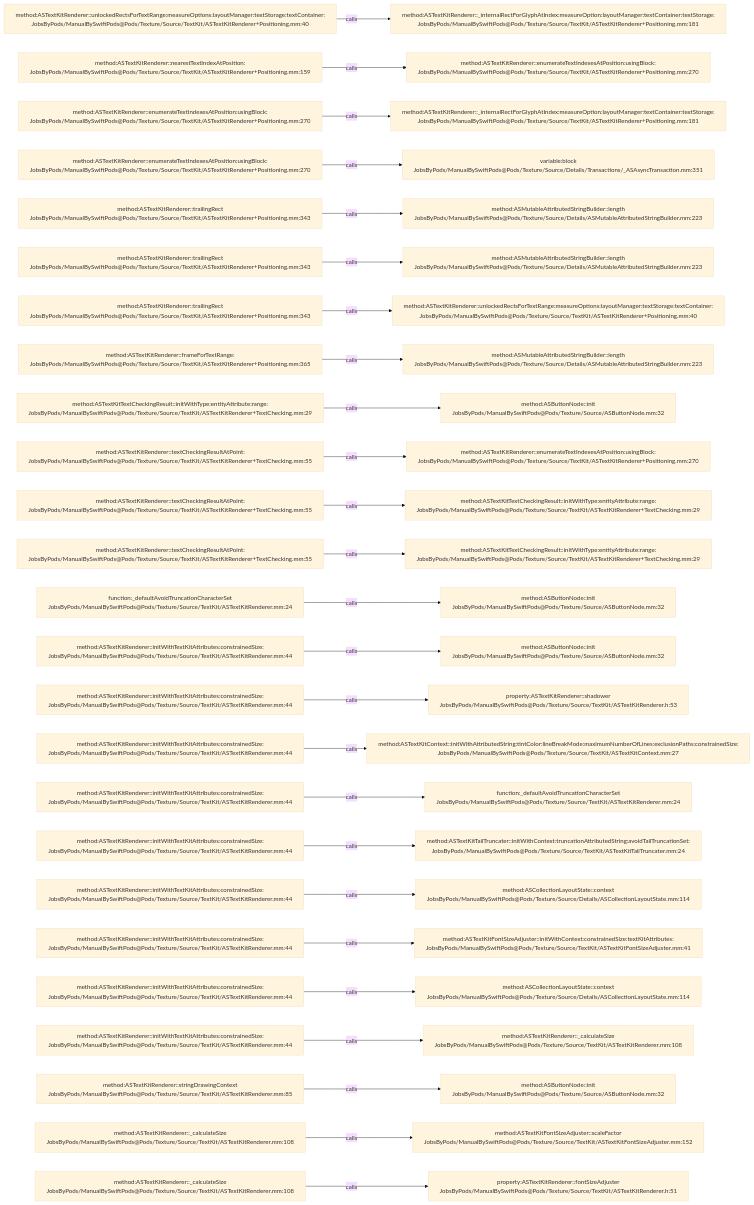
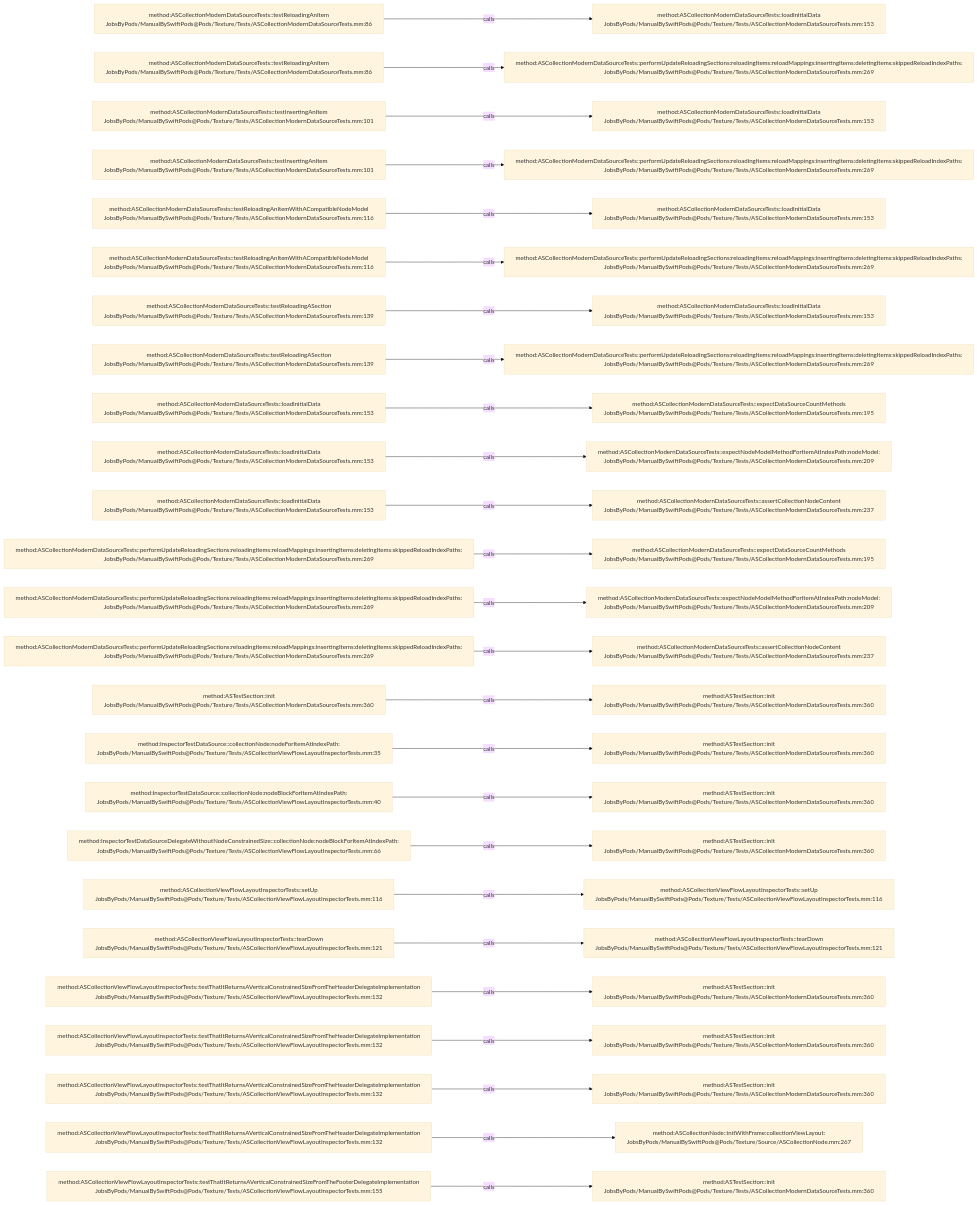
One commit to JobsKits/JobsSwiftBaseConfigDemo changed the diagram in .codegraph/codegraph.md/graphs/calls-168.md. Above: the diagram before and after it, drawn with Mermaid (base theme). The commit also changed 832 other files, not shown here.

````diff
--- a/.codegraph/codegraph.md/graphs/calls-168.md
+++ b/.codegraph/codegraph.md/graphs/calls-168.md
@@ -13,78 +13,78 @@
 ```mermaid
 flowchart LR
-  S1["method:ASTextKitRenderer::unlockedRectsForTextRange:measureOptions:layoutManager:textStorage:textContainer:<br/>JobsByPods/ManualBySwiftPods@Pods/Texture/Source/TextKit/ASTextKitRenderer+Positioning.mm:40"]
-  T1["method:ASTextKitRenderer::_internalRectForGlyphAtIndex:measureOption:layoutManager:textContainer:textStorage:<br/>JobsByPods/ManualBySwiftPods@Pods/Texture/Source/TextKit/ASTextKitRenderer+Positioning.mm:181"]
+  S1["method:ASCollectionModernDataSourceTests::testReloadingAnItem<br/>JobsByPods/ManualBySwiftPods@Pods/Texture/Tests/ASCollectionModernDataSourceTests.mm:86"]
+  T1["method:ASCollectionModernDataSourceTests::loadInitialData<br/>JobsByPods/ManualBySwiftPods@Pods/Texture/Tests/ASCollectionModernDataSourceTests.mm:153"]
   S1 -->|calls| T1
-  S2["method:ASTextKitRenderer::nearestTextIndexAtPosition:<br/>JobsByPods/ManualBySwiftPods@Pods/Texture/Source/TextKit/ASTextKitRenderer+Positioning.mm:159"]
-  T2["method:ASTextKitRenderer::enumerateTextIndexesAtPosition:usingBlock:<br/>JobsByPods/ManualBySwiftPods@Pods/Texture/Source/TextKit/ASTextKitRenderer+Positioning.mm:270"]
+  S2["method:ASCollectionModernDataSourceTests::testReloadingAnItem<br/>JobsByPods/ManualBySwiftPods@Pods/Texture/Tests/ASCollectionModernDataSourceTests.mm:86"]
+  T2["method:ASCollectionModernDataSourceTests::performUpdateReloadingSections:reloadingItems:reloadMappings:insertingItems:deletingItems:skippedReloadIndexPaths:<br/>JobsByPods/ManualBySwiftPods@Pods/Texture/Tests/ASCollectionModernDataSourceTests.mm:269"]
   S2 -->|calls| T2
-  S3["method:ASTextKitRenderer::enumerateTextIndexesAtPosition:usingBlock:<br/>JobsByPods/ManualBySwiftPods@Pods/Texture/Source/TextKit/ASTextKitRenderer+Positioning.mm:270"]
-  T3["method:ASTextKitRenderer::_internalRectForGlyphAtIndex:measureOption:layoutManager:textContainer:textStorage:<br/>JobsByPods/ManualBySwiftPods@Pods/Texture/Source/TextKit/ASTextKitRenderer+Positioning.mm:181"]
+  S3["method:ASCollectionModernDataSourceTests::testInsertingAnItem<br/>JobsByPods/ManualBySwiftPods@Pods/Texture/Tests/ASCollectionModernDataSourceTests.mm:101"]
+  T3["method:ASCollectionModernDataSourceTests::loadInitialData<br/>JobsByPods/ManualBySwiftPods@Pods/Texture/Tests/ASCollectionModernDataSourceTests.mm:153"]
   S3 -->|calls| T3
-  S4["method:ASTextKitRenderer::enumerateTextIndexesAtPosition:usingBlock:<br/>JobsByPods/ManualBySwiftPods@Pods/Texture/Source/TextKit/ASTextKitRenderer+Positioning.mm:270"]
-  T4["variable:block<br/>JobsByPods/ManualBySwiftPods@Pods/Texture/Source/Details/Transactions/_ASAsyncTransaction.mm:351"]
+  S4["method:ASCollectionModernDataSourceTests::testInsertingAnItem<br/>JobsByPods/ManualBySwiftPods@Pods/Texture/Tests/ASCollectionModernDataSourceTests.mm:101"]
+  T4["method:ASCollectionModernDataSourceTests::performUpdateReloadingSections:reloadingItems:reloadMappings:insertingItems:deletingItems:skippedReloadIndexPaths:<br/>JobsByPods/ManualBySwiftPods@Pods/Texture/Tests/ASCollectionModernDataSourceTests.mm:269"]
   S4 -->|calls| T4
-  S5["method:ASTextKitRenderer::trailingRect<br/>JobsByPods/ManualBySwiftPods@Pods/Texture/Source/TextKit/ASTextKitRenderer+Positioning.mm:343"]
-  T5["method:ASMutableAttributedStringBuilder::length<br/>JobsByPods/ManualBySwiftPods@Pods/Texture/Source/Details/ASMutableAttributedStringBuilder.mm:223"]
+  S5["method:ASCollectionModernDataSourceTests::testReloadingAnItemWithACompatibleNodeModel<br/>JobsByPods/ManualBySwiftPods@Pods/Texture/Tests/ASCollectionModernDataSourceTests.mm:116"]
+  T5["method:ASCollectionModernDataSourceTests::loadInitialData<br/>JobsByPods/ManualBySwiftPods@Pods/Texture/Tests/ASCollectionModernDataSourceTests.mm:153"]
   S5 -->|calls| T5
-  S6["method:ASTextKitRenderer::trailingRect<br/>JobsByPods/ManualBySwiftPods@Pods/Texture/Source/TextKit/ASTextKitRenderer+Positioning.mm:343"]
-  T6["method:ASMutableAttributedStringBuilder::length<br/>JobsByPods/ManualBySwiftPods@Pods/Texture/Source/Details/ASMutableAttributedStringBuilder.mm:223"]
+  S6["method:ASCollectionModernDataSourceTests::testReloadingAnItemWithACompatibleNodeModel<br/>JobsByPods/ManualBySwiftPods@Pods/Texture/Tests/ASCollectionModernDataSourceTests.mm:116"]
+  T6["method:ASCollectionModernDataSourceTests::performUpdateReloadingSections:reloadingItems:reloadMappings:insertingItems:deletingItems:skippedReloadIndexPaths:<br/>JobsByPods/ManualBySwiftPods@Pods/Texture/Tests/ASCollectionModernDataSourceTests.mm:269"]
   S6 -->|calls| T6
-  S7["method:ASTextKitRenderer::trailingRect<br/>JobsByPods/ManualBySwiftPods@Pods/Texture/Source/TextKit/ASTextKitRenderer+Positioning.mm:343"]
-  T7["method:ASTextKitRenderer::unlockedRectsForTextRange:measureOptions:layoutManager:textStorage:textContainer:<br/>JobsByPods/ManualBySwiftPods@Pods/Texture/Source/TextKit/ASTextKitRenderer+Positioning.mm:40"]
+  S7["method:ASCollectionModernDataSourceTests::testReloadingASection<br/>JobsByPods/ManualBySwiftPods@Pods/Texture/Tests/ASCollectionModernDataSourceTests.mm:139"]
+  T7["method:ASCollectionModernDataSourceTests::loadInitialData<br/>JobsByPods/ManualBySwiftPods@Pods/Texture/Tests/ASCollectionModernDataSourceTests.mm:153"]
   S7 -->|calls| T7
-  S8["method:ASTextKitRenderer::frameForTextRange:<br/>JobsByPods/ManualBySwiftPods@Pods/Texture/Source/TextKit/ASTextKitRenderer+Positioning.mm:365"]
-  T8["method:ASMutableAttributedStringBuilder::length<br/>JobsByPods/ManualBySwiftPods@Pods/Texture/Source/Details/ASMutableAttributedStringBuilder.mm:223"]
+  S8["method:ASCollectionModernDataSourceTests::testReloadingASection<br/>JobsByPods/ManualBySwiftPods@Pods/Texture/Tests/ASCollectionModernDataSourceTests.mm:139"]
+  T8["method:ASCollectionModernDataSourceTests::performUpdateReloadingSections:reloadingItems:reloadMappings:insertingItems:deletingItems:skippedReloadIndexPaths:<br/>JobsByPods/ManualBySwiftPods@Pods/Texture/Tests/ASCollectionModernDataSourceTests.mm:269"]
   S8 -->|calls| T8
-  S9["method:ASTextKitTextCheckingResult::initWithType:entityAttribute:range:<br/>JobsByPods/ManualBySwiftPods@Pods/Texture/Source/TextKit/ASTextKitRenderer+TextChecking.mm:29"]
-  T9["method:ASButtonNode::init<br/>JobsByPods/ManualBySwiftPods@Pods/Texture/Source/ASButtonNode.mm:32"]
+  S9["method:ASCollectionModernDataSourceTests::loadInitialData<br/>JobsByPods/ManualBySwiftPods@Pods/Texture/Tests/ASCollectionModernDataSourceTests.mm:153"]
+  T9["method:ASCollectionModernDataSourceTests::expectDataSourceCountMethods<br/>JobsByPods/ManualBySwiftPods@Pods/Texture/Tests/ASCollectionModernDataSourceTests.mm:195"]
   S9 -->|calls| T9
-  S10["method:ASTextKitRenderer::textCheckingResultAtPoint:<br/>JobsByPods/ManualBySwiftPods@Pods/Texture/Source/TextKit/ASTextKitRenderer+TextChecking.mm:55"]
-  T10["method:ASTextKitRenderer::enumerateTextIndexesAtPosition:usingBlock:<br/>JobsByPods/ManualBySwiftPods@Pods/Texture/Source/TextKit/ASTextKitRenderer+Positioning.mm:270"]
+  S10["method:ASCollectionModernDataSourceTests::loadInitialData<br/>JobsByPods/ManualBySwiftPods@Pods/Texture/Tests/ASCollectionModernDataSourceTests.mm:153"]
+  T10["method:ASCollectionModernDataSourceTests::expectNodeModelMethodForItemAtIndexPath:nodeModel:<br/>JobsByPods/ManualBySwiftPods@Pods/Texture/Tests/ASCollectionModernDataSourceTests.mm:209"]
   S10 -->|calls| T10
-  S11["method:ASTextKitRenderer::textCheckingResultAtPoint:<br/>JobsByPods/ManualBySwiftPods@Pods/Texture/Source/TextKit/ASTextKitRenderer+TextChecking.mm:55"]
-  T11["method:ASTextKitTextCheckingResult::initWithType:entityAttribute:range:<br/>JobsByPods/ManualBySwiftPods@Pods/Texture/Source/TextKit/ASTextKitRenderer+TextChecking.mm:29"]
+  S11["method:ASCollectionModernDataSourceTests::loadInitialData<br/>JobsByPods/ManualBySwiftPods@Pods/Texture/Tests/ASCollectionModernDataSourceTests.mm:153"]
+  T11["method:ASCollectionModernDataSourceTests::assertCollectionNodeContent<br/>JobsByPods/ManualBySwiftPods@Pods/Texture/Tests/ASCollectionModernDataSourceTests.mm:237"]
   S11 -->|calls| T11
-  S12["method:ASTextKitRenderer::textCheckingResultAtPoint:<br/>JobsByPods/ManualBySwiftPods@Pods/Texture/Source/TextKit/ASTextKitRenderer+TextChecking.mm:55"]
-  T12["method:ASTextKitTextCheckingResult::initWithType:entityAttribute:range:<br/>JobsByPods/ManualBySwiftPods@Pods/Texture/Source/TextKit/ASTextKitRenderer+TextChecking.mm:29"]
+  S12["method:ASCollectionModernDataSourceTests::performUpdateReloadingSections:reloadingItems:reloadMappings:insertingItems:deletingItems:skippedReloadIndexPaths:<br/>JobsByPods/ManualBySwiftPods@Pods/Texture/Tests/ASCollectionModernDataSourceTests.mm:269"]
+  T12["method:ASCollectionModernDataSourceTests::expectDataSourceCountMethods<br/>JobsByPods/ManualBySwiftPods@Pods/Texture/Tests/ASCollectionModernDataSourceTests.mm:195"]
   S12 -->|calls| T12
-  S13["function:_defaultAvoidTruncationCharacterSet<br/>JobsByPods/ManualBySwiftPods@Pods/Texture/Source/TextKit/ASTextKitRenderer.mm:24"]
-  T13["method:ASButtonNode::init<br/>JobsByPods/ManualBySwiftPods@Pods/Texture/Source/ASButtonNode.mm:32"]
+  S13["method:ASCollectionModernDataSourceTests::performUpdateReloadingSections:reloadingItems:reloadMappings:insertingItems:deletingItems:skippedReloadIndexPaths:<br/>JobsByPods/ManualBySwiftPods@Pods/Texture/Tests/ASCollectionModernDataSourceTests.mm:269"]
+  T13["method:ASCollectionModernDataSourceTests::expectNodeModelMethodForItemAtIndexPath:nodeModel:<br/>JobsByPods/ManualBySwiftPods@Pods/Texture/Tests/ASCollectionModernDataSourceTests.mm:209"]
   S13 -->|calls| T13
-  S14["method:ASTextKitRenderer::initWithTextKitAttributes:constrainedSize:<br/>JobsByPods/ManualBySwiftPods@Pods/Texture/Source/TextKit/ASTextKitRenderer.mm:44"]
-  T14["method:ASButtonNode::init<br/>JobsByPods/ManualBySwiftPods@Pods/Texture/Source/ASButtonNode.mm:32"]
+  S14["method:ASCollectionModernDataSourceTests::performUpdateReloadingSections:reloadingItems:reloadMappings:insertingItems:deletingItems:skippedReloadIndexPaths:<br/>JobsByPods/ManualBySwiftPods@Pods/Texture/Tests/ASCollectionModernDataSourceTests.mm:269"]
+  T14["method:ASCollectionModernDataSourceTests::assertCollectionNodeContent<br/>JobsByPods/ManualBySwiftPods@Pods/Texture/Tests/ASCollectionModernDataSourceTests.mm:237"]
   S14 -->|calls| T14
-  S15["method:ASTextKitRenderer::initWithTextKitAttributes:constrainedSize:<br/>JobsByPods/ManualBySwiftPods@Pods/Texture/Source/TextKit/ASTextKitRenderer.mm:44"]
-  T15["property:ASTextKitRenderer::shadower<br/>JobsByPods/ManualBySwiftPods@Pods/Texture/Source/TextKit/ASTextKitRenderer.h:53"]
+  S15["method:ASTestSection::init<br/>JobsByPods/ManualBySwiftPods@Pods/Texture/Tests/ASCollectionModernDataSourceTests.mm:360"]
+  T15["method:ASTestSection::init<br/>JobsByPods/ManualBySwiftPods@Pods/Texture/Tests/ASCollectionModernDataSourceTests.mm:360"]
   S15 -->|calls| T15
-  S16["method:ASTextKitRenderer::initWithTextKitAttributes:constrainedSize:<br/>JobsByPods/ManualBySwiftPods@Pods/Texture/Source/TextKit/ASTextKitRenderer.mm:44"]
-  T16["method:ASTextKitContext::initWithAttributedString:tintColor:lineBreakMode:maximumNumberOfLines:exclusionPaths:constrainedSize:<br/>JobsByPods/ManualBySwiftPods@Pods/Texture/Source/TextKit/ASTextKitContext.mm:27"]
+  S16["method:InspectorTestDataSource::collectionNode:nodeForItemAtIndexPath:<br/>JobsByPods/ManualBySwiftPods@Pods/Texture/Tests/ASCollectionViewFlowLayoutInspectorTests.mm:35"]
+  T16["method:ASTestSection::init<br/>JobsByPods/ManualBySwiftPods@Pods/Texture/Tests/ASCollectionModernDataSourceTests.mm:360"]
   S16 -->|calls| T16
-  S17["method:ASTextKitRenderer::initWithTextKitAttributes:constrainedSize:<br/>JobsByPods/ManualBySwiftPods@Pods/Texture/Source/TextKit/ASTextKitRenderer.mm:44"]
-  T17["function:_defaultAvoidTruncationCharacterSet<br/>JobsByPods/ManualBySwiftPods@Pods/Texture/Source/TextKit/ASTextKitRenderer.mm:24"]
+  S17["method:InspectorTestDataSource::collectionNode:nodeBlockForItemAtIndexPath:<br/>JobsByPods/ManualBySwiftPods@Pods/Texture/Tests/ASCollectionViewFlowLayoutInspectorTests.mm:40"]
+  T17["method:ASTestSection::init<br/>JobsByPods/ManualBySwiftPods@Pods/Texture/Tests/ASCollectionModernDataSourceTests.mm:360"]
   S17 -->|calls| T17
-  S18["method:ASTextKitRenderer::initWithTextKitAttributes:constrainedSize:<br/>JobsByPods/ManualBySwiftPods@Pods/Texture/Source/TextKit/ASTextKitRenderer.mm:44"]
-  T18["method:ASTextKitTailTruncater::initWithContext:truncationAttributedString:avoidTailTruncationSet:<br/>JobsByPods/ManualBySwiftPods@Pods/Texture/Source/TextKit/ASTextKitTailTruncater.mm:24"]
+  S18["method:InspectorTestDataSourceDelegateWithoutNodeConstrainedSize::collectionNode:nodeBlockForItemAtIndexPath:<br/>JobsByPods/ManualBySwiftPods@Pods/Texture/Tests/ASCollectionViewFlowLayoutInspectorTests.mm:66"]
+  T18["method:ASTestSection::init<br/>JobsByPods/ManualBySwiftPods@Pods/Texture/Tests/ASCollectionModernDataSourceTests.mm:360"]
   S18 -->|calls| T18
-  S19["method:ASTextKitRenderer::initWithTextKitAttributes:constrainedSize:<br/>JobsByPods/ManualBySwiftPods@Pods/Texture/Source/TextKit/ASTextKitRenderer.mm:44"]
-  T19["method:ASCollectionLayoutState::context<br/>JobsByPods/ManualBySwiftPods@Pods/Texture/Source/Details/ASCollectionLayoutState.mm:114"]
+  S19["method:ASCollectionViewFlowLayoutInspectorTests::setUp<br/>JobsByPods/ManualBySwiftPods@Pods/Texture/Tests/ASCollectionViewFlowLayoutInspectorTests.mm:116"]
+  T19["method:ASCollectionViewFlowLayoutInspectorTests::setUp<br/>JobsByPods/ManualBySwiftPods@Pods/Texture/Tests/ASCollectionViewFlowLayoutInspectorTests.mm:116"]
   S19 -->|calls| T19
-  S20["method:ASTextKitRenderer::initWithTextKitAttributes:constrainedSize:<br/>JobsByPods/ManualBySwiftPods@Pods/Texture/Source/TextKit/ASTextKitRenderer.mm:44"]
-  T20["method:ASTextKitFontSizeAdjuster::initWithContext:constrainedSize:textKitAttributes:<br/>JobsByPods/ManualBySwiftPods@Pods/Texture/Source/TextKit/ASTextKitFontSizeAdjuster.mm:41"]
+  S20["method:ASCollectionViewFlowLayoutInspectorTests::tearDown<br/>JobsByPods/ManualBySwiftPods@Pods/Texture/Tests/ASCollectionViewFlowLayoutInspectorTests.mm:121"]
+  T20["method:ASCollectionViewFlowLayoutInspectorTests::tearDown<br/>JobsByPods/ManualBySwiftPods@Pods/Texture/Tests/ASCollectionViewFlowLayoutInspectorTests.mm:121"]
   S20 -->|calls| T20
-  S21["method:ASTextKitRenderer::initWithTextKitAttributes:constrainedSize:<br/>JobsByPods/ManualBySwiftPods@Pods/Texture/Source/TextKit/ASTextKitRenderer.mm:44"]
-  T21["method:ASCollectionLayoutState::context<br/>JobsByPods/ManualBySwiftPods@Pods/Texture/Source/Details/ASCollectionLayoutState.mm:114"]
+  S21["method:ASCollectionViewFlowLayoutInspectorTests::testThatItReturnsAVerticalConstrainedSizeFromTheHeaderDelegateImplementation<br/>JobsByPods/ManualBySwiftPods@Pods/Texture/Tests/ASCollectionViewFlowLayoutInspectorTests.mm:132"]
+  T21["method:ASTestSection::init<br/>JobsByPods/ManualBySwiftPods@Pods/Texture/Tests/ASCollectionModernDataSourceTests.mm:360"]
   S21 -->|calls| T21
-  S22["method:ASTextKitRenderer::initWithTextKitAttributes:constrainedSize:<br/>JobsByPods/ManualBySwiftPods@Pods/Texture/Source/TextKit/ASTextKitRenderer.mm:44"]
-  T22["method:ASTextKitRenderer::_calculateSize<br/>JobsByPods/ManualBySwiftPods@Pods/Texture/Source/TextKit/ASTextKitRenderer.mm:108"]
+  S22["method:ASCollectionViewFlowLayoutInspectorTests::testThatItReturnsAVerticalConstrainedSizeFromTheHeaderDelegateImplementation<br/>JobsByPods/ManualBySwiftPods@Pods/Texture/Tests/ASCollectionViewFlowLayoutInspectorTests.mm:132"]
+  T22["method:ASTestSection::init<br/>JobsByPods/ManualBySwiftPods@Pods/Texture/Tests/ASCollectionModernDataSourceTests.mm:360"]
   S22 -->|calls| T22
-  S23["method:ASTextKitRenderer::stringDrawingContext<br/>JobsByPods/ManualBySwiftPods@Pods/Texture/Source/TextKit/ASTextKitRenderer.mm:85"]
-  T23["method:ASButtonNode::init<br/>JobsByPods/ManualBySwiftPods@Pods/Texture/Source/ASButtonNode.mm:32"]
+  S23["method:ASCollectionViewFlowLayoutInspectorTests::testThatItReturnsAVerticalConstrainedSizeFromTheHeaderDelegateImplementation<br/>JobsByPods/ManualBySwiftPods@Pods/Texture/Tests/ASCollectionViewFlowLayoutInspectorTests.mm:132"]
+  T23["method:ASTestSection::init<br/>JobsByPods/ManualBySwiftPods@Pods/Texture/Tests/ASCollectionModernDataSourceTests.mm:360"]
   S23 -->|calls| T23
-  S24["method:ASTextKitRenderer::_calculateSize<br/>JobsByPods/ManualBySwiftPods@Pods/Texture/Source/TextKit/ASTextKitRenderer.mm:108"]
-  T24["method:ASTextKitFontSizeAdjuster::scaleFactor<br/>JobsByPods/ManualBySwiftPods@Pods/Texture/Source/TextKit/ASTextKitFontSizeAdjuster.mm:152"]
+  S24["method:ASCollectionViewFlowLayoutInspectorTests::testThatItReturnsAVerticalConstrainedSizeFromTheHeaderDelegateImplementation<br/>JobsByPods/ManualBySwiftPods@Pods/Texture/Tests/ASCollectionViewFlowLayoutInspectorTests.mm:132"]
+  T24["method:ASCollectionNode::initWithFrame:collectionViewLayout:<br/>JobsByPods/ManualBySwiftPods@Pods/Texture/Source/ASCollectionNode.mm:267"]
   S24 -->|calls| T24
-  S25["method:ASTextKitRenderer::_calculateSize<br/>JobsByPods/ManualBySwiftPods@Pods/Texture/Source/TextKit/ASTextKitRenderer.mm:108"]
-  T25["property:ASTextKitRenderer::fontSizeAdjuster<br/>JobsByPods/ManualBySwiftPods@Pods/Texture/Source/TextKit/ASTextKitRenderer.h:51"]
+  S25["method:ASCollectionViewFlowLayoutInspectorTests::testThatItReturnsAVerticalConstrainedSizeFromTheFooterDelegateImplementation<br/>JobsByPods/ManualBySwiftPods@Pods/Texture/Tests/ASCollectionViewFlowLayoutInspectorTests.mm:155"]
+  T25["method:ASTestSection::init<br/>JobsByPods/ManualBySwiftPods@Pods/Texture/Tests/ASCollectionModernDataSourceTests.mm:360"]
   S25 -->|calls| T25
 ```
````
